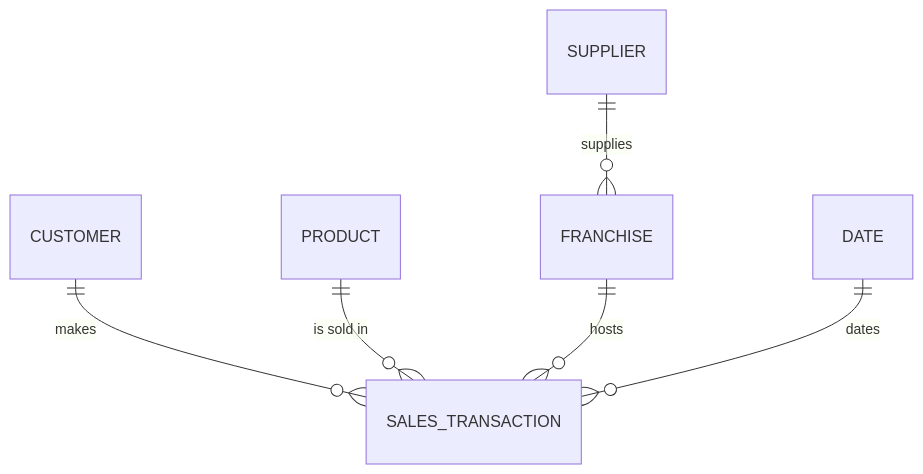
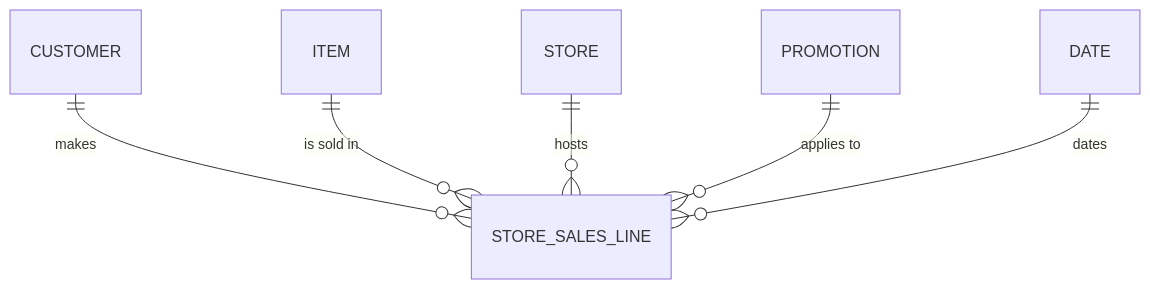
Before and after one commit to marcinkostkiewiczlingaro/dbx_meetup_demo: the diagram in docs/ontology/link-types.md, drawn with Mermaid. The commit also changed other lines of this file and 32 other files, not shown here.

First line of the commit message:
Restructure docs to the standard and rewrite for store sales

````diff
--- a/docs/ontology/link-types.md
+++ b/docs/ontology/link-types.md
@@ -6,8 +6,8 @@
 ```mermaid
 erDiagram
-  CUSTOMER  ||--o{ SALES_TRANSACTION : "makes"
-  PRODUCT   ||--o{ SALES_TRANSACTION : "is sold in"
-  FRANCHISE ||--o{ SALES_TRANSACTION : "hosts"
-  DATE      ||--o{ SALES_TRANSACTION : "dates"
-  SUPPLIER  ||--o{ FRANCHISE         : "supplies"
+  CUSTOMER  ||--o{ STORE_SALES_LINE : "makes"
+  ITEM      ||--o{ STORE_SALES_LINE : "is sold in"
+  STORE     ||--o{ STORE_SALES_LINE : "hosts"
+  PROMOTION ||--o{ STORE_SALES_LINE : "applies to"
+  DATE      ||--o{ STORE_SALES_LINE : "dates"
 ```
````
